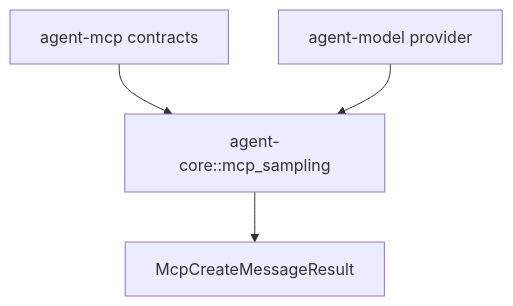
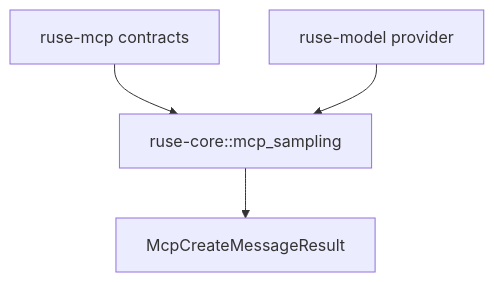
One commit to poneding/agent changed the diagram in docs/specs/M41-00-mcp-sampling-model-bridge-technical-design.spec.md. Above: the diagram before and after it, drawn with Mermaid. The commit also changed other lines of this file and 2091 other files, not shown here.

First line of the commit message:
refactor: rename agent branding to ruse

````diff
--- a/docs/specs/M41-00-mcp-sampling-model-bridge-technical-design.spec.md
+++ b/docs/specs/M41-00-mcp-sampling-model-bridge-technical-design.spec.md
@@ -32,6 +32,6 @@
 ```mermaid
 flowchart TD
-  Mcp["agent-mcp contracts"] --> Core["agent-core::mcp_sampling"]
-  Model["agent-model provider"] --> Core
+  Mcp["ruse-mcp contracts"] --> Core["ruse-core::mcp_sampling"]
+  Model["ruse-model provider"] --> Core
   Core --> Result["McpCreateMessageResult"]
 ```
````
